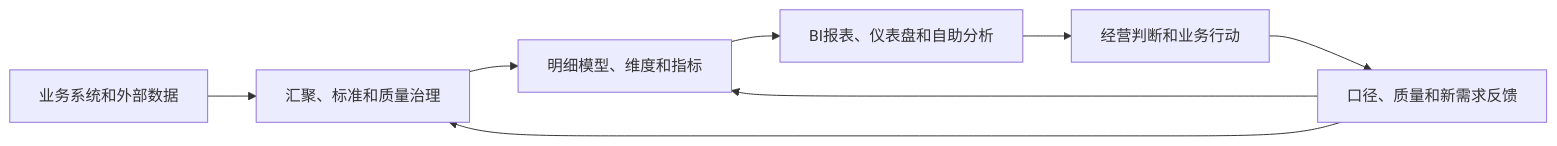
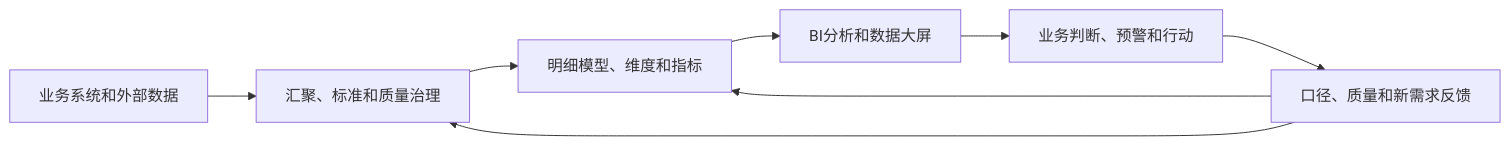
One commit to pampa0629/addp changed the diagram in docs/books/数据治理100问/02-概念辨析篇/014-数据治理和BI.md. Above: the diagram before and after it, drawn with Mermaid. The commit also changed other lines of this file and 105 other files, not shown here.

````diff
--- a/docs/books/数据治理100问/02-概念辨析篇/014-数据治理和BI.md
+++ b/docs/books/数据治理100问/02-概念辨析篇/014-数据治理和BI.md
@@ -30,10 +50,10 @@
 ```mermaid
 flowchart LR
     A["业务系统和外部数据"] --> B["汇聚、标准和质量治理"]
     B --> C["明细模型、维度和指标"]
-    C --> D["BI报表、仪表盘和自助分析"]
-    D --> E["经营判断和业务行动"]
+    C --> D["BI分析和数据大屏"]
+    D --> E["业务判断、预警和行动"]
     E --> F["口径、质量和新需求反馈"]
     F --> B
     F --> C
 ```
````
